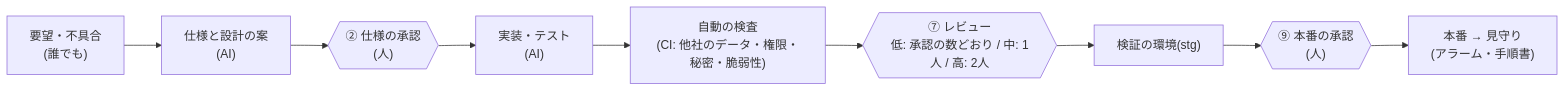
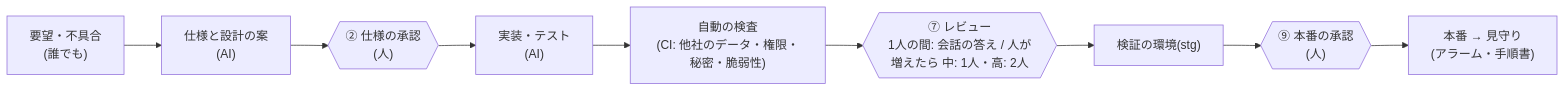
Before and after one commit to attumkwg/software-factory-starter: the diagram in docs/kit/one-pager.md, drawn with Mermaid. The commit also changed other lines of this file and 14 other files, not shown here.

````diff
--- a/docs/kit/one-pager.md
+++ b/docs/kit/one-pager.md
@@ -38,11 +39,11 @@
 ```mermaid
 flowchart LR
   A["要望・不具合<br/>(誰でも)"] --> B["仕様と設計の案<br/>(AI)"]
   B --> H1{{"② 仕様の承認<br/>(人)"}}
   H1 --> C["実装・テスト<br/>(AI)"]
   C --> D["自動の検査<br/>(CI: 他社のデータ・権限・秘密・脆弱性)"]
-  D --> H2{{"⑦ レビュー<br/>低: 承認の数どおり / 中: 1人 / 高: 2人"}}
+  D --> H2{{"⑦ レビュー<br/>1人の間: 会話の答え / 人が増えたら 中: 1人・高: 2人"}}
   H2 --> E["検証の環境(stg)"]
   E --> H3{{"⑨ 本番の承認<br/>(人)"}}
   H3 --> F["本番 → 見守り<br/>(アラーム・手順書)"]
 ```
````
